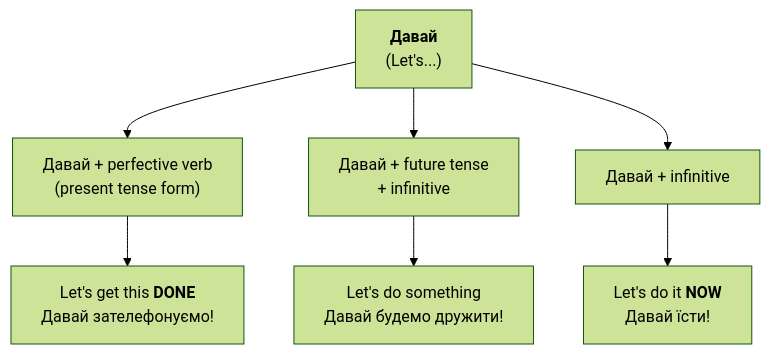
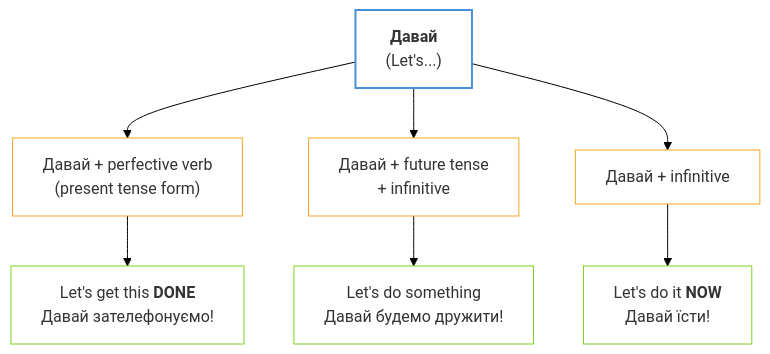
The third of 3 diagrams in curriculum/l2-uk-en/a2/23-complete-imperative.md (learn-ukrainian/learn-ukrainian.github.io), drawn with Mermaid (forest theme) before and after one commit. The commit also changed other lines of this file and 729 other files, not shown here.

````diff
--- a/curriculum/l2-uk-en/a2/23-complete-imperative.md
+++ b/curriculum/l2-uk-en/a2/23-complete-imperative.md
@@ -167,10 +193,18 @@
 ```mermaid
 flowchart TD
     A["<b>Давай</b><br/>(Let's...)"] --> B["Давай + perfective verb<br/>(present tense form)"]
     A --> C["Давай + future tense<br/>+ infinitive"]
     A --> D["Давай + infinitive"]
 
     B --> E["Let's get this <b>DONE</b><br/>Давай зателефонуємо!"]
     C --> F["Let's do something<br/>Давай будемо дружити!"]
     D --> G["Let's do it <b>NOW</b><br/>Давай їсти!"]
+
+    style A fill:#fff,stroke:#4a90d9,stroke-width:2px,color:#333
+    style B fill:#fff,stroke:#f5a623,stroke-width:1px,color:#333
+    style C fill:#fff,stroke:#f5a623,stroke-width:1px,color:#333
+    style D fill:#fff,stroke:#f5a623,stroke-width:1px,color:#333
+    style E fill:#fff,stroke:#7ed321,stroke-width:1px,color:#333
+    style F fill:#fff,stroke:#7ed321,stroke-width:1px,color:#333
+    style G fill:#fff,stroke:#7ed321,stroke-width:1px,color:#333
 ```
````
